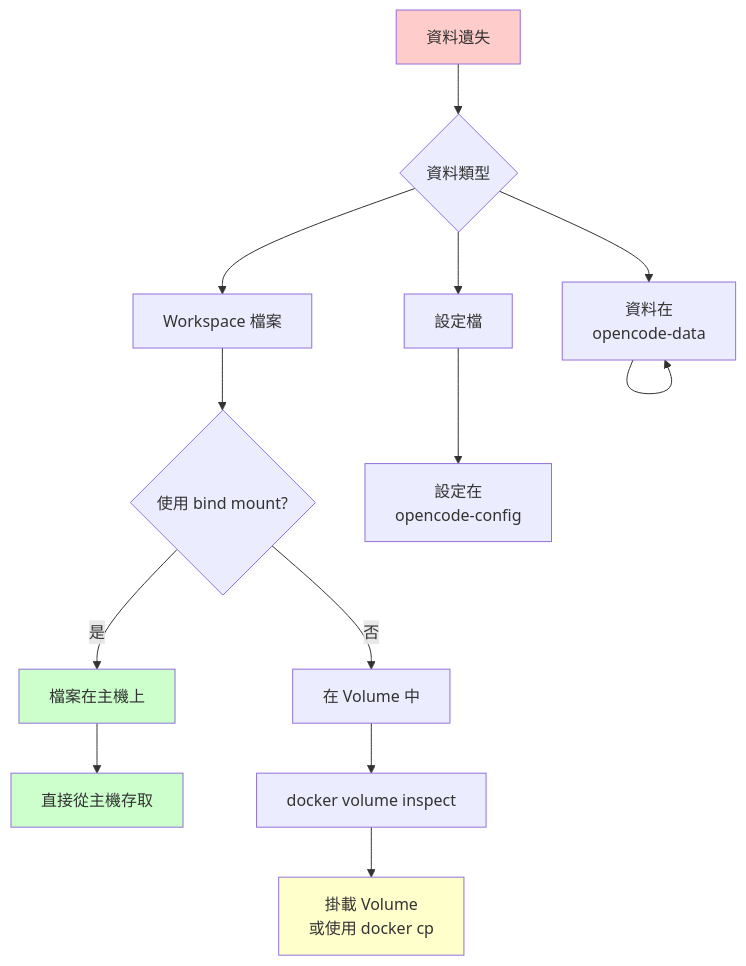
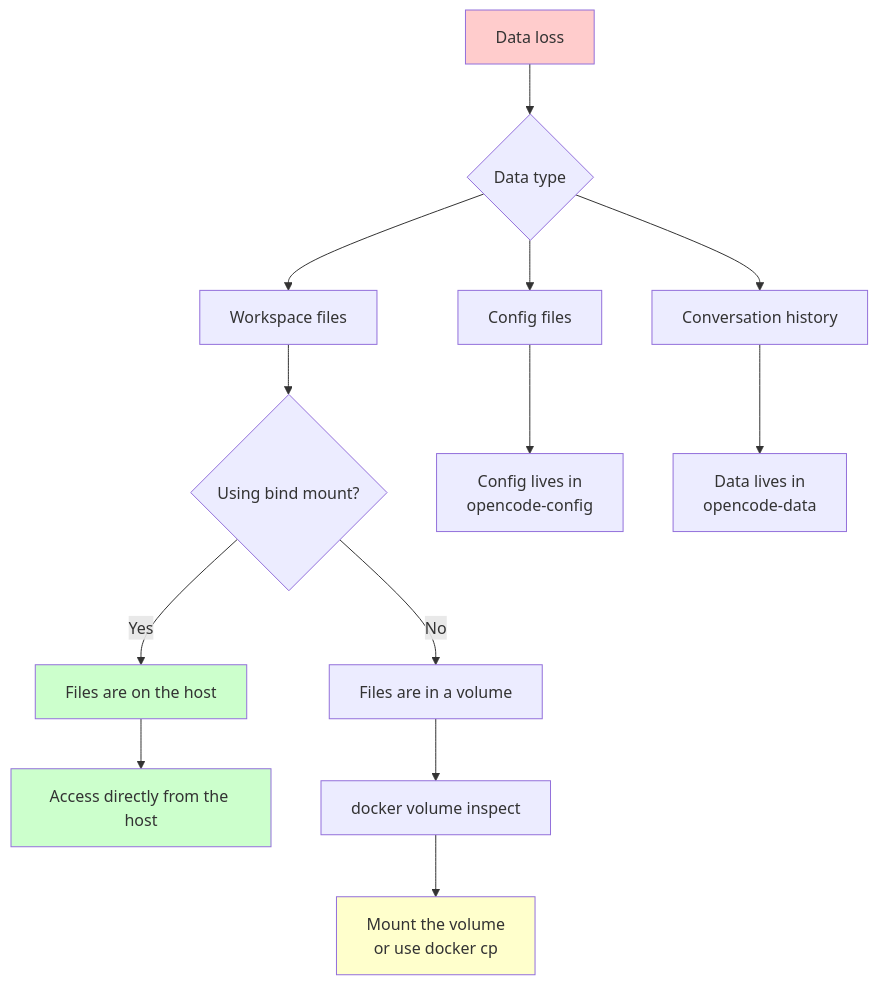
One commit to tryweb/ai-engkit changed the seventh of 9 diagrams in docs/TROUBLESHOOTING.md. Above: the diagram before and after it, drawn with Mermaid. The commit also changed other lines of this file and 14 other files, not shown here.

````diff
--- a/docs/TROUBLESHOOTING.md
+++ b/docs/TROUBLESHOOTING.md
@@ -434,25 +430,25 @@
 ```mermaid
 flowchart TD
-    A["資料遺失"] --> B{"資料類型"}
-    
-    B --> C["Workspace 檔案"]
-    B --> D["設定檔"]
-    B --> E["對話記錄"]
-    
-    C --> F{"使用 bind mount?"}
-    F -->|"是"| G["檔案在主機上"]
-    F -->|"否"| H["在 Volume 中"]
-    
-    G --> I["直接從主機存取"]
+    A["Data loss"] --> B{"Data type"}
+
+    B --> C["Workspace files"]
+    B --> D["Config files"]
+    B --> E["Conversation history"]
+
+    C --> F{"Using bind mount?"}
+    F -->|"Yes"| G["Files are on the host"]
+    F -->|"No"| H["Files are in a volume"]
+
+    G --> I["Access directly from the host"]
     H --> J["docker volume inspect"]
-    
-    D --> K["設定在<br/>opencode-config"]
-    E --> E["資料在<br/>opencode-data"]
-    
-    J --> L["掛載 Volume<br/>或使用 docker cp"]
-    
+
+    D --> K["Config lives in<br/>opencode-config"]
+    E --> L["Data lives in<br/>opencode-data"]
+
+    J --> M["Mount the volume<br/>or use docker cp"]
+
     style A fill:#ffcccc
     style G fill:#ccffcc
     style I fill:#ccffcc
-    style L fill:#ffffcc
+    style M fill:#ffffcc
 ```
````
